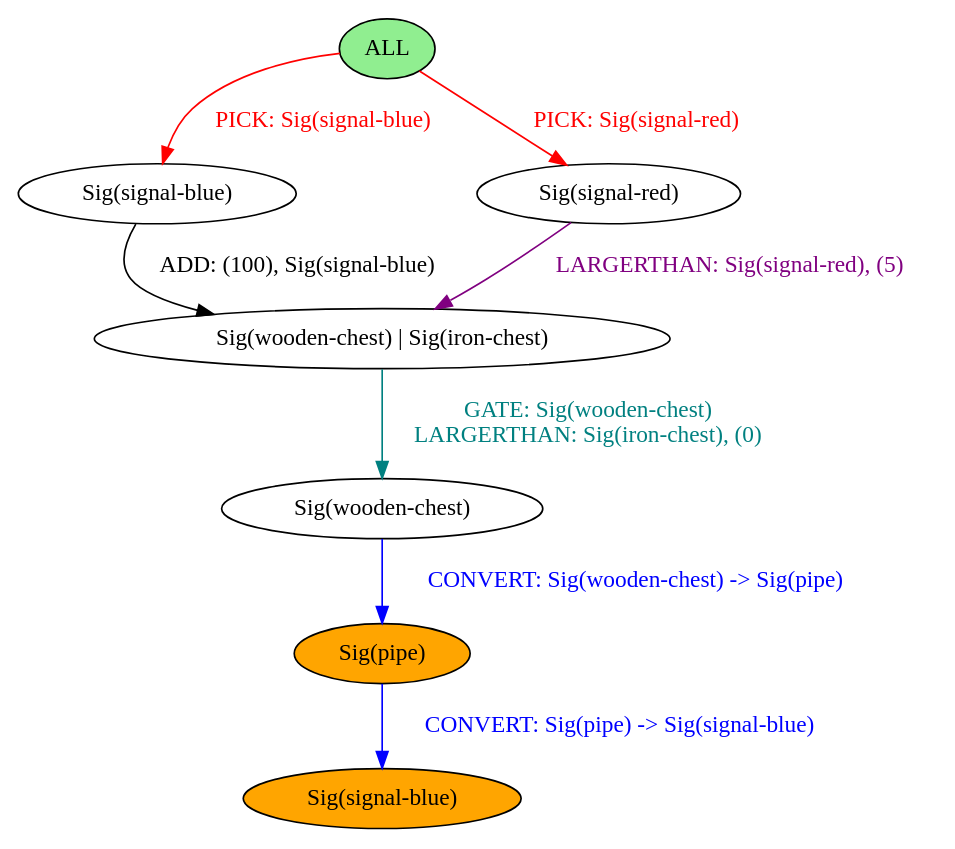
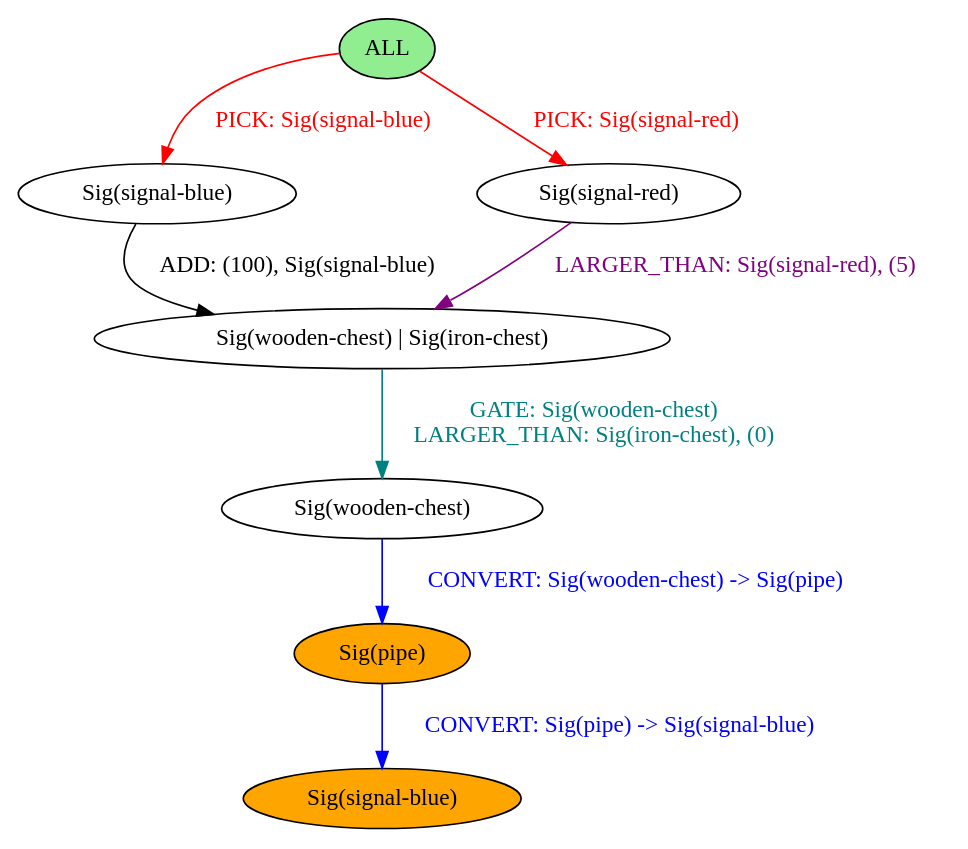
The diagram in chef-lang/examples/when_simple.output.dot (BalderHolst/chef), drawn with Graphviz before and after one commit. The commit also changed 5 other files, not shown here.

```diff
--- a/chef-lang/examples/when_simple.output.dot
+++ b/chef-lang/examples/when_simple.output.dot
@@ -1,18 +1,18 @@
 strict digraph {
 	nodesep=1
 	7	[style=filled fillcolor=white label="Sig(signal-blue)"]
 	0	[style=filled fillcolor=lightgreen label="ALL"]
 	3	[style=filled fillcolor=white label="Sig(signal-red)"]
 	9	[style=filled fillcolor=white label="Sig(wooden-chest)"]
 	8	[style=filled fillcolor=white label="Sig(wooden-chest) | Sig(iron-chest)"]
 	11	[style=filled fillcolor=orange label="Sig(signal-blue)"]
 	10	[style=filled fillcolor=orange label="Sig(pipe)"]
 	7 -> 8	[label="ADD: (100), Sig(signal-blue)" color=black fontcolor=black]
 	0 -> 3	[label="PICK: Sig(signal-red)" color=red fontcolor=red]
 	0 -> 7	[label="PICK: Sig(signal-blue)" color=red fontcolor=red]
-	3 -> 8	[label="LARGERTHAN: Sig(signal-red), (5)" color=purple fontcolor=purple]
+	3 -> 8	[label="LARGER_THAN: Sig(signal-red), (5)" color=purple fontcolor=purple]
 	9 -> 10	[label="CONVERT: Sig(wooden-chest) -> Sig(pipe)" color=blue fontcolor=blue]
 	8 -> 9	[label="GATE: Sig(wooden-chest)
-LARGERTHAN: Sig(iron-chest), (0)" color=teal fontcolor=teal]
+LARGER_THAN: Sig(iron-chest), (0)" color=teal fontcolor=teal]
 	10 -> 11	[label="CONVERT: Sig(pipe) -> Sig(signal-blue)" color=blue fontcolor=blue]
 }
```
